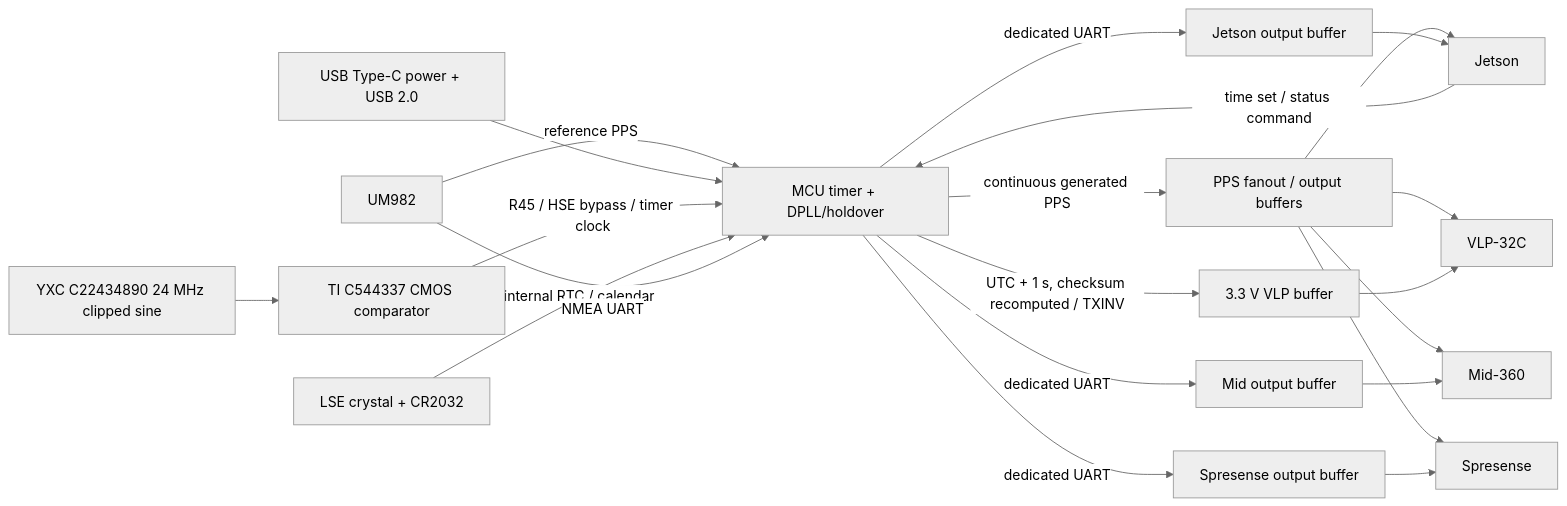
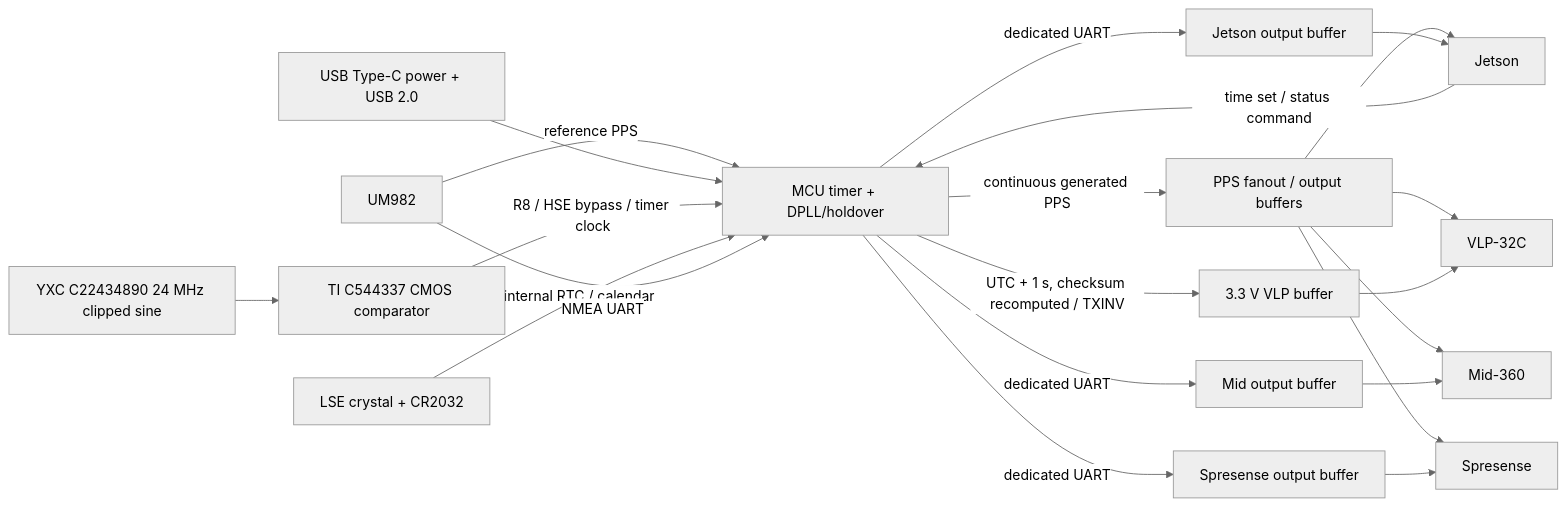
The diagram in plan/design.md (CoderDojoMusashikosugi/cub_2026_timing_sync_if_board), drawn with Mermaid (neutral theme) before and after one commit. The commit also changed other lines of this file and 6 other files, not shown here.

````diff
--- a/plan/design.md
+++ b/plan/design.md
@@ -89,23 +89,23 @@
 ```mermaid
 flowchart LR
     UM[UM982] -->|reference PPS| MCU[MCU timer + DPLL/holdover]
     USB[USB Type-C power + USB 2.0] --> MCU
     TCXO[YXC C22434890 24 MHz clipped sine] --> CMP[TI C544337 CMOS comparator]
-    CMP -->|R45 / HSE bypass / timer clock| MCU
+    CMP -->|R8 / HSE bypass / timer clock| MCU
     LSE[LSE crystal + CR2032] -->|internal RTC / calendar| MCU
     UM -->|NMEA UART| MCU
     MCU -->|continuous generated PPS| FAN[PPS fanout / output buffers]
     FAN --> JET[Jetson]
     FAN --> VLP[VLP-32C]
     FAN --> MID[Mid-360]
     FAN --> SPR[Spresense]
     JET -->|time set / status command| MCU
     MCU -->|dedicated UART| JBUF[Jetson output buffer]
     JBUF --> JET
     MCU -->|dedicated UART| MBUF[Mid output buffer]
     MBUF --> MID
     MCU -->|dedicated UART| SBUF[Spresense output buffer]
     SBUF --> SPR
     MCU -->|UTC + 1 s, checksum recomputed / TXINV| INV[3.3 V VLP buffer]
     INV --> VLP
 ```
````
